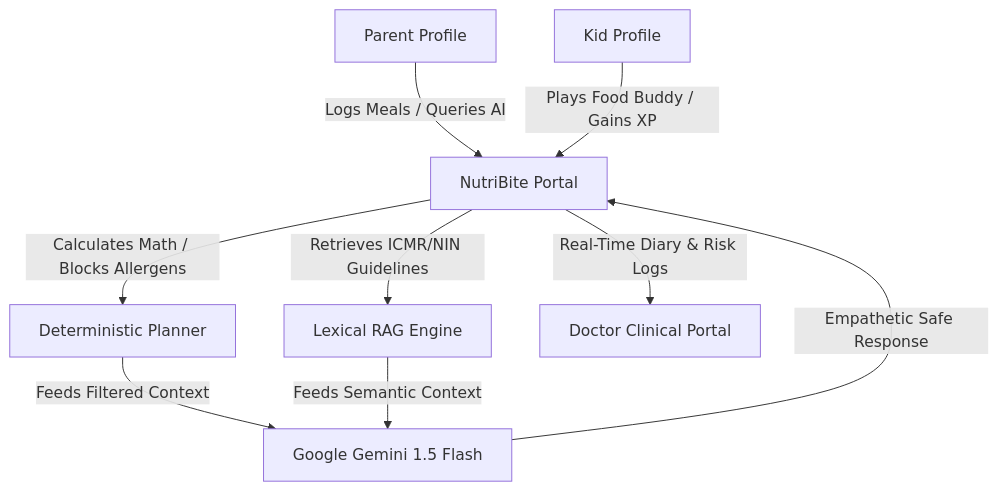
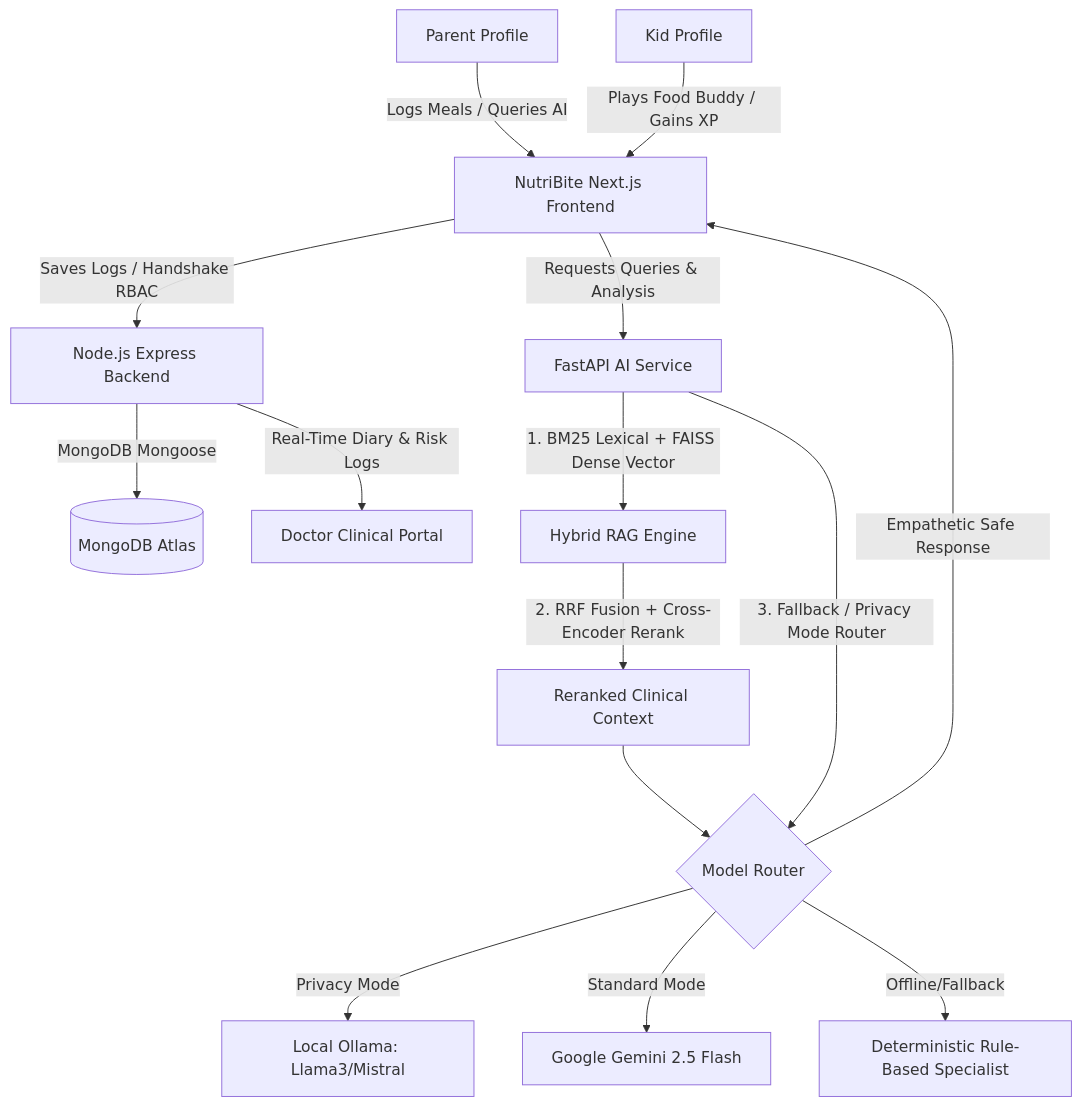
One commit to KidsNutriBite/NutriBite changed the first of 6 diagrams in docs/project_specification.md. Above: the diagram before and after it, drawn with Mermaid. The commit also changed other lines of this file and 6 other files, not shown here.

First line of the commit message:
docs: add architecture documentation, service map, model flow, and PR summary

````diff
--- a/docs/project_specification.md
+++ b/docs/project_specification.md
@@ -24,11 +13,17 @@
 ```mermaid
 graph TD
-    Parent[Parent Profile] -->|Logs Meals / Queries AI| App[NutriBite Portal]
+    Parent[Parent Profile] -->|Logs Meals / Queries AI| App[NutriBite Next.js Frontend]
     Kid[Kid Profile] -->|Plays Food Buddy / Gains XP| App
-    App -->|Calculates Math / Blocks Allergens| Planner[Deterministic Planner]
-    App -->|Retrieves ICMR/NIN Guidelines| RAG[Lexical RAG Engine]
-    Planner -->|Feeds Filtered Context| LLM[Google Gemini 1.5 Flash]
-    RAG -->|Feeds Semantic Context| LLM
+    App -->|Saves Logs / Handshake RBAC| Node[Node.js Express Backend]
+    Node -->|MongoDB Mongoose| DB[(MongoDB Atlas)]
+    App -->|Requests Queries & Analysis| FastAPI[FastAPI AI Service]
+    FastAPI -->|1. BM25 Lexical + FAISS Dense Vector| RAG[Hybrid RAG Engine]
+    RAG -->|2. RRF Fusion + Cross-Encoder Rerank| Rank[Reranked Clinical Context]
+    FastAPI -->|3. Fallback / Privacy Mode Router| LLM{Model Router}
+    LLM -->|Privacy Mode| Ollama[Local Ollama: Llama3/Mistral]
+    LLM -->|Standard Mode| Gemini[Google Gemini 2.5 Flash]
+    LLM -->|Offline/Fallback| Static[Deterministic Rule-Based Specialist]
+    Rank --> LLM
     LLM -->|Empathetic Safe Response| App
-    App -->|Real-Time Diary & Risk Logs| Doctor[Doctor Clinical Portal]
+    Node -->|Real-Time Diary & Risk Logs| Doctor[Doctor Clinical Portal]
 ```
````
